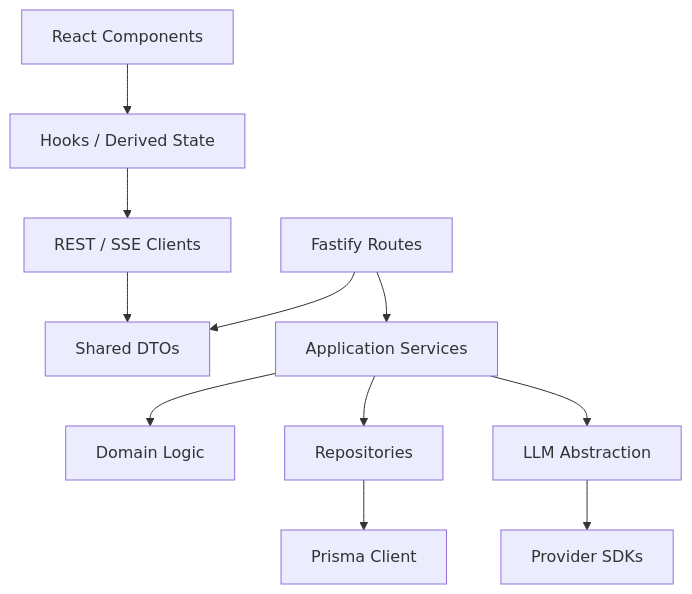
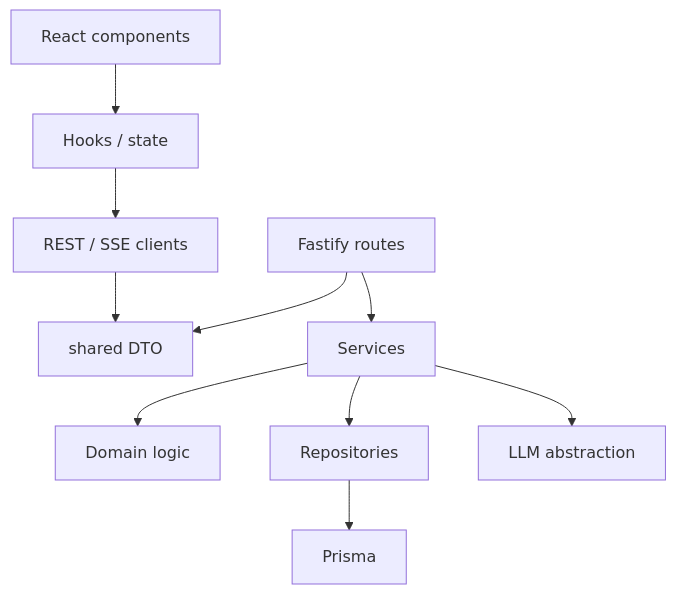
One commit to ayumin/brickr changed the second of 2 diagrams in ARCHITECTURE.md. Above: the diagram before and after it, drawn with Mermaid. The commit also changed other lines of this file and 84 other files, not shown here.

````diff
--- a/ARCHITECTURE.md
+++ b/ARCHITECTURE.md
@@ -76,14 +61,12 @@
 ```mermaid
 flowchart TD
-  UI[React Components] --> FEState[Hooks / Derived State]
-  FEState --> Clients[REST / SSE Clients]
-  Clients --> Shared[Shared DTOs]
-
-  Routes[Fastify Routes] --> Services[Application Services]
-  Services --> Domain[Domain Logic]
+  UI[React components] --> Hooks[Hooks / state]
+  Hooks --> Clients[REST / SSE clients]
+  Clients --> DTO[shared DTO]
+  Routes[Fastify routes] --> Services[Services]
+  Services --> Domain[Domain logic]
   Services --> Repositories[Repositories]
-  Services --> LLM[LLM Abstraction]
-  Repositories --> Prisma[Prisma Client]
-  LLM --> SDKs[Provider SDKs]
-  Routes --> Shared
+  Repositories --> Prisma[Prisma]
+  Services --> Providers[LLM abstraction]
+  Routes --> DTO
 ```
````
